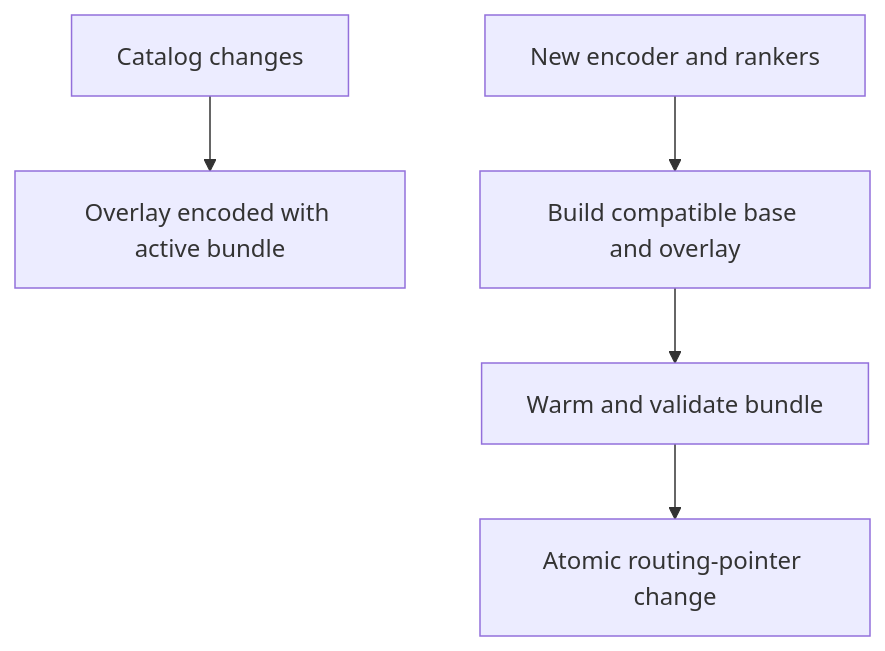
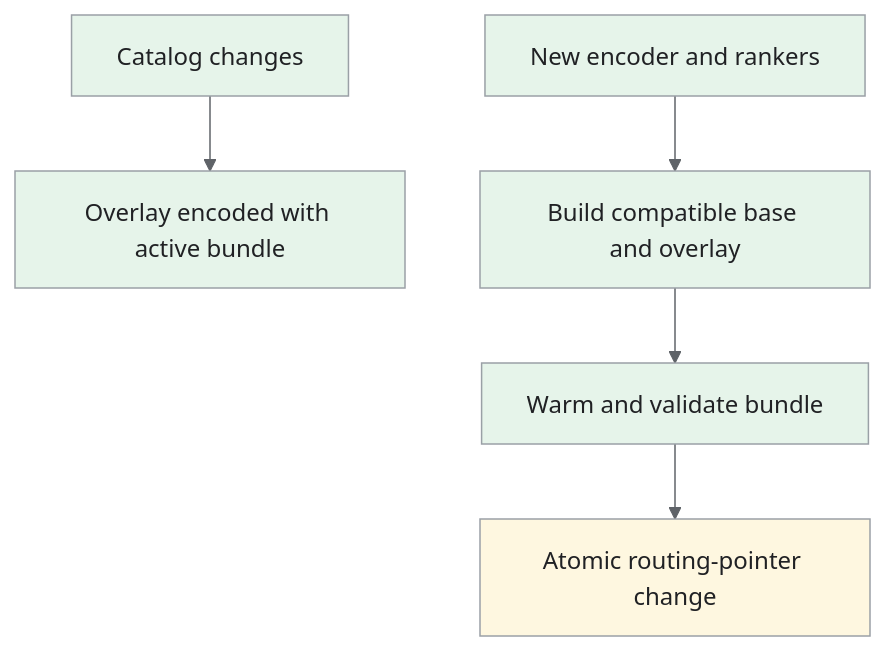
One commit to iliazlobin/iliazlobin.github.io changed the fourth of 4 diagrams in _designs/product-recommendations.md. Above: the diagram before and after it, drawn with Mermaid. The commit also changed other lines of this file and 25 other files, not shown here.

Commit message:
docs: explain Batch B design flows and tradeoffs

````diff
--- a/_designs/product-recommendations.md
+++ b/_designs/product-recommendations.md
@@ -256,7 +308,14 @@
 ```mermaid
+%%{init: {'theme':'base','themeVariables':{'primaryColor':'#e8f0fe','primaryTextColor':'#202124','primaryBorderColor':'#9aa0a6','lineColor':'#5f6368','secondaryColor':'#e6f4ea','tertiaryColor':'#fef7e0','actorBkg':'#e8f0fe','actorBorder':'#9aa0a6','actorTextColor':'#202124','noteBkgColor':'#fef7e0','noteTextColor':'#202124','noteBorderColor':'#9aa0a6','signalColor':'#5f6368','signalTextColor':'#202124','labelBoxBkgColor':'#fef7e0','labelBoxBorderColor':'#9aa0a6'}}}%%
 flowchart TB
     C["Catalog changes"] --> O["Overlay encoded with active bundle"]
     B["New encoder and rankers"] --> I["Build compatible base and overlay"]
     I --> V["Warm and validate bundle"]
     V --> R["Atomic routing-pointer change"]
+classDef request fill:#e8f0fe,stroke:#9aa0a6,color:#202124;
+classDef data fill:#e6f4ea,stroke:#9aa0a6,color:#202124;
+classDef control fill:#fef7e0,stroke:#9aa0a6,color:#202124;
+class C,O,B,I,V data;
+class R control;
+
 ```
````
